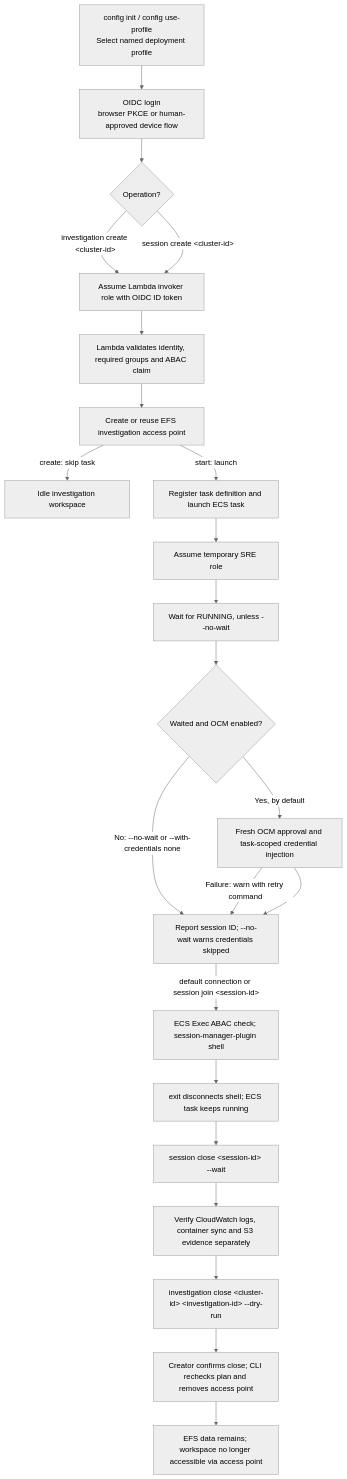
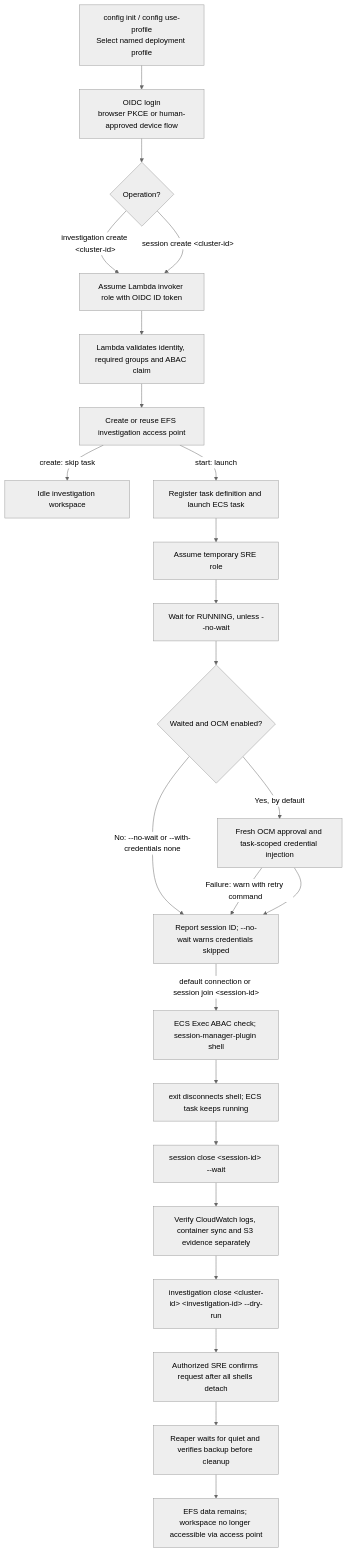
Before and after one commit to openshift-online/rosa-boundary: the diagram in docs/workflows.md, drawn with Mermaid (neutral theme). The commit also changed other lines of this file and 26 other files, not shown here.

````diff
--- a/docs/workflows.md
+++ b/docs/workflows.md
@@ -5,25 +5,26 @@
 ```mermaid
 flowchart TD
     PROFILE["config init / config use-profile<br/>Select named deployment profile"] --> AUTH["OIDC login<br/>browser PKCE or human-approved device flow"]
     AUTH --> CREATE{"Operation?"}
     CREATE -->|"investigation create &lt;cluster-id&gt;"| INVOKER["Assume Lambda invoker role with OIDC ID token"]
     CREATE -->|"session create &lt;cluster-id&gt;"| INVOKER
     INVOKER --> LAMBDA["Lambda validates identity, required groups and ABAC claim"]
     LAMBDA --> EFS["Create or reuse EFS investigation access point"]
     EFS -->|"create: skip task"| IDLE["Idle investigation workspace"]
     EFS -->|"start: launch"| TASK["Register task definition and launch ECS task"]
     TASK --> SRE["Assume temporary SRE role"]
     SRE --> WAIT["Wait for RUNNING, unless --no-wait"]
     WAIT --> CRED{"Waited and OCM enabled?"}
     CRED -->|Yes, by default| OCM["Fresh OCM approval and task-scoped credential injection"]
     CRED -->|No: --no-wait or --with-credentials none| READY["Report session ID; --no-wait warns credentials skipped"]
     OCM -->|Failure: warn with retry command| READY
     OCM --> READY
     READY -->|"default connection or session join &lt;session-id&gt;"| EXEC["ECS Exec ABAC check; session-manager-plugin shell"]
     EXEC --> EXIT["exit disconnects shell; ECS task keeps running"]
     EXIT --> STOP["session close &lt;session-id&gt; --wait"]
     STOP --> AUDIT["Verify CloudWatch logs, container sync and S3 evidence separately"]
     AUDIT --> PLAN["investigation close &lt;cluster-id&gt; &lt;investigation-id&gt; --dry-run"]
-    PLAN --> CLOSE["Creator confirms close; CLI rechecks plan and removes access point"]
-    CLOSE --> IDLEDONE["EFS data remains; workspace no longer accessible via access point"]
+    PLAN --> CLOSE["Authorized SRE confirms request after all shells detach"]
+    CLOSE --> VERIFY["Reaper waits for quiet and verifies backup before cleanup"]
+    VERIFY --> IDLEDONE["EFS data remains; workspace no longer accessible via access point"]
 ```
````
